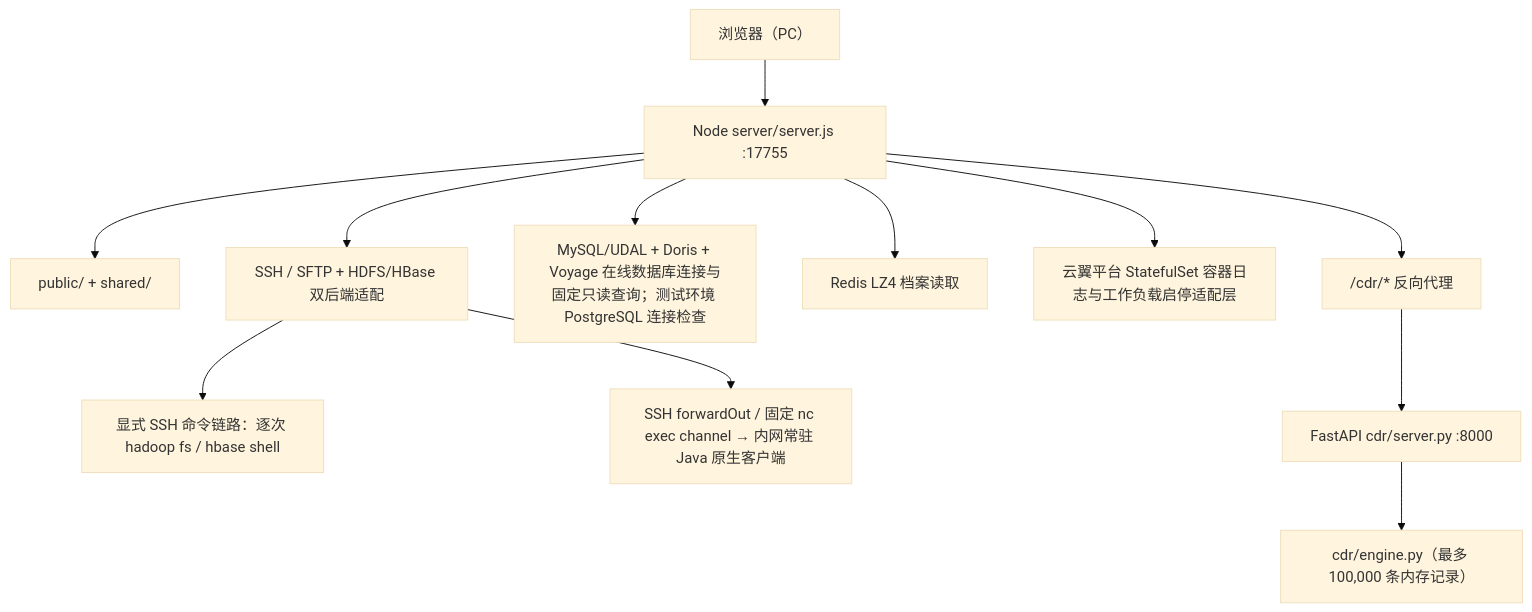
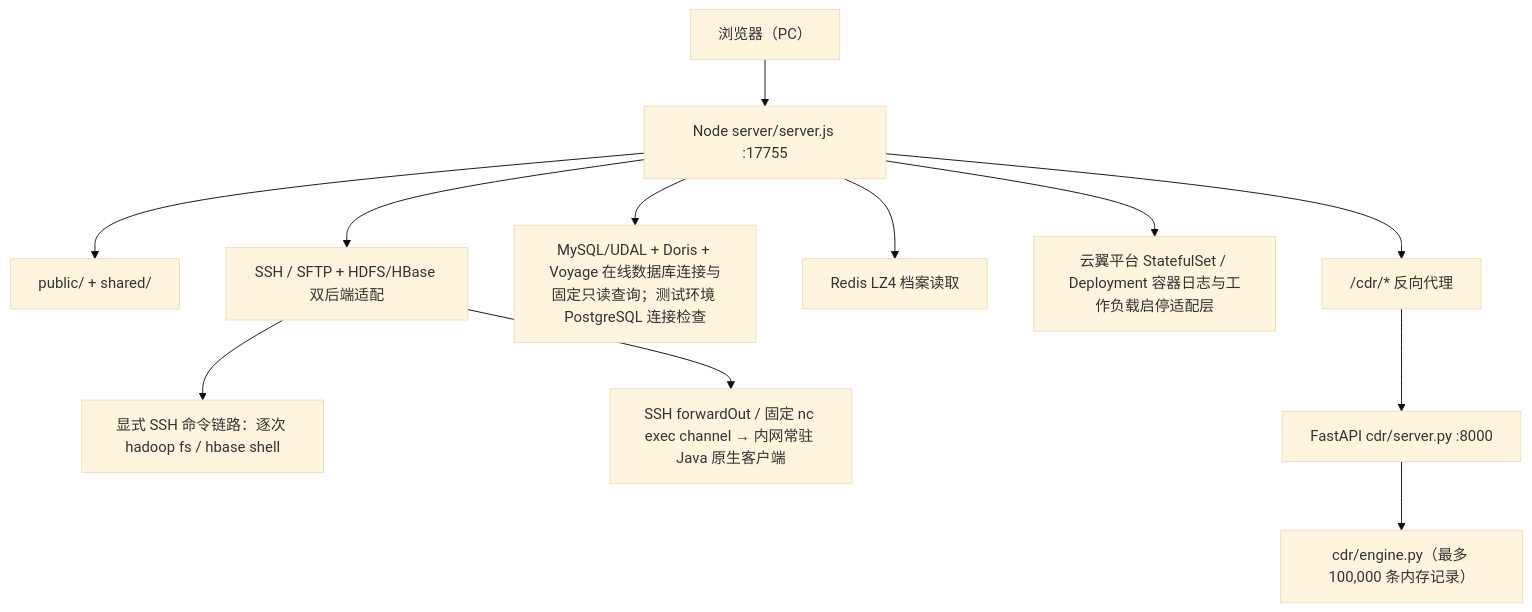
The diagram in overview.md (lrwei91/server-workbench), drawn with Mermaid (base theme) before and after one commit. The commit also changed other lines of this file and 15 other files, not shown here.

````diff
--- a/overview.md
+++ b/overview.md
@@ -9,14 +9,14 @@
 ```mermaid
 graph TD
   B["浏览器（PC）"] --> N["Node server/server.js :17755"]
   N --> P["public/ + shared/"]
   N --> S["SSH / SFTP + HDFS/HBase 双后端适配"]
   S --> S1["显式 SSH 命令链路：逐次 hadoop fs / hbase shell"]
   S --> S2["SSH forwardOut / 固定 nc exec channel → 内网常驻 Java 原生客户端"]
   N --> D["MySQL/UDAL + Doris + Voyage 在线数据库连接与固定只读查询；测试环境 PostgreSQL 连接检查"]
   N --> R["Redis LZ4 档案读取"]
-  N --> K["云翼平台 StatefulSet 容器日志与工作负载启停适配层"]
+  N --> K["云翼平台 StatefulSet / Deployment 容器日志与工作负载启停适配层"]
   N --> C["/cdr/* 反向代理"]
   C --> F2["FastAPI cdr/server.py :8000"]
   F2 --> E["cdr/engine.py（最多 100,000 条内存记录）"]
 ```
````
